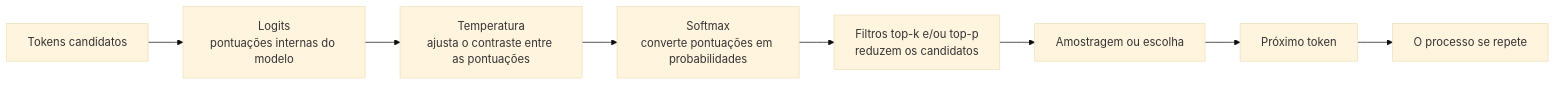
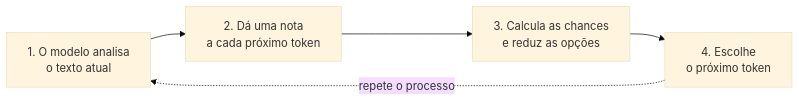
The fourth of 12 diagrams in docs/encontros/encontro-04.md (luciano-alexandre/topicos-avancados), drawn with Mermaid (base theme) before and after one commit. The commit also changed other lines of this file, not shown here.

Commit message:
encontro 04

````diff
--- a/docs/encontros/encontro-04.md
+++ b/docs/encontros/encontro-04.md
@@ -188,10 +188,7 @@
 ```mermaid
 flowchart LR
-    C[Tokens candidatos] --> L[Logits<br/>pontuações internas do modelo]
-    L --> T[Temperatura<br/>ajusta o contraste entre as pontuações]
-    T --> S[Softmax<br/>converte pontuações em probabilidades]
-    S --> F[Filtros top-k e/ou top-p<br/>reduzem os candidatos]
-    F --> A[Amostragem ou escolha]
-    A --> O[Próximo token]
-    O --> R[O processo se repete]
+    A[1. O modelo analisa<br/>o texto atual] --> B[2. Dá uma nota<br/>a cada próximo token]
+    B --> C[3. Calcula as chances<br/>e reduz as opções]
+    C --> D[4. Escolhe<br/>o próximo token]
+    D -. repete o processo .-> A
 ```
````
